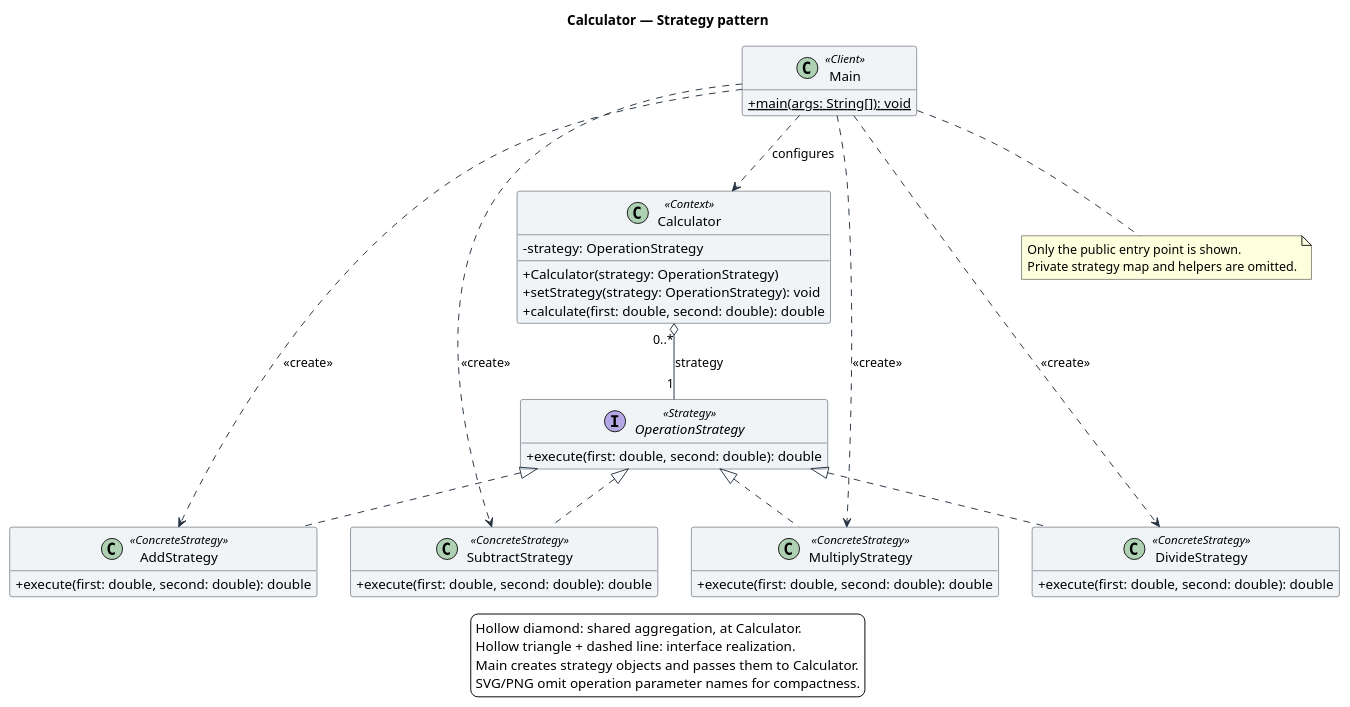
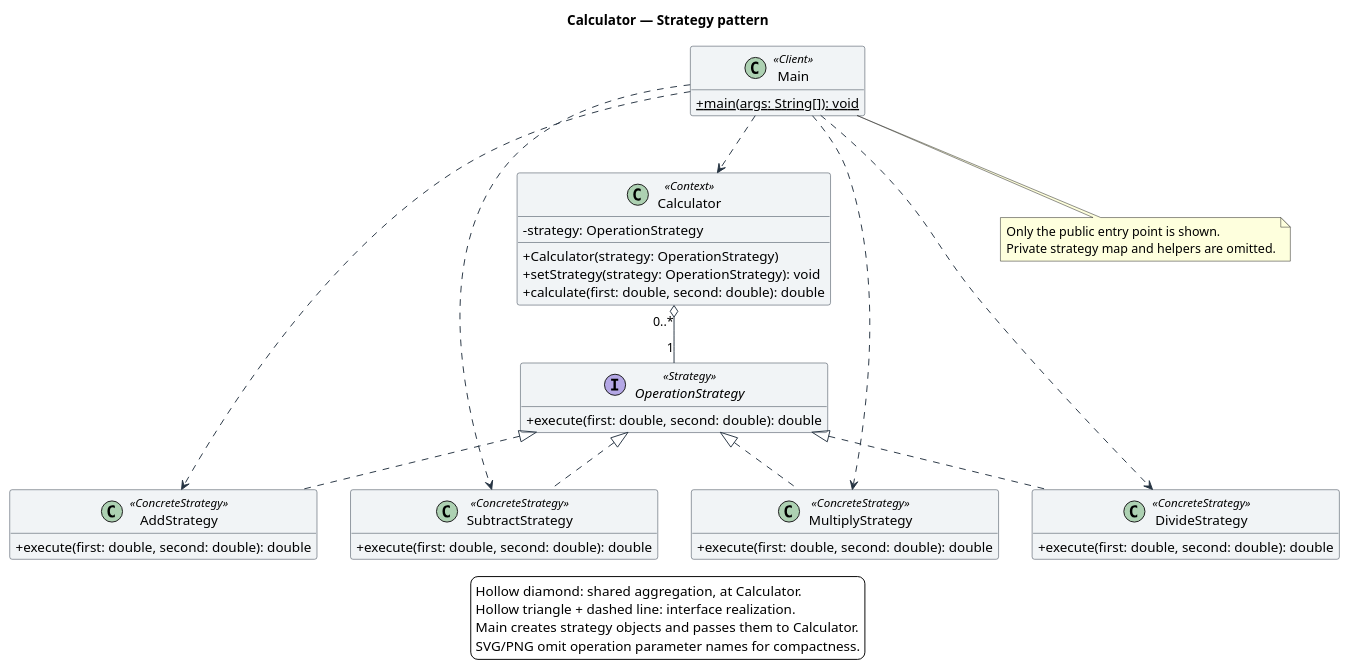
One commit to bossmerej-ship-it/SDP-5 changed the diagram in docs/strategy-uml.puml. Above: the diagram before and after it, drawn with PlantUML. The commit also changed 3 other files, not shown here.

Commit message:
Remove labels beside UML relationship arrows

```diff
--- a/docs/strategy-uml.puml
+++ b/docs/strategy-uml.puml
@@ -1,59 +1,59 @@
 @startuml
 title Calculator — Strategy pattern
 skinparam backgroundColor white
 skinparam shadowing false
 skinparam defaultFontName "Segoe UI"
 skinparam classBackgroundColor #F1F4F6
 skinparam classBorderColor #263442
 skinparam ArrowColor #263442
 skinparam classAttributeIconSize 0
 hide empty members
 top to bottom direction
 
 class Main <<Client>> {
   + {static} main(args: String[]): void
 }
 class Calculator <<Context>> {
   - strategy: OperationStrategy
   + Calculator(strategy: OperationStrategy)
   + setStrategy(strategy: OperationStrategy): void
   + calculate(first: double, second: double): double
 }
 interface OperationStrategy <<Strategy>> {
   + execute(first: double, second: double): double
 }
 class AddStrategy <<ConcreteStrategy>> {
   + execute(first: double, second: double): double
 }
 class SubtractStrategy <<ConcreteStrategy>> {
   + execute(first: double, second: double): double
 }
 class MultiplyStrategy <<ConcreteStrategy>> {
   + execute(first: double, second: double): double
 }
 class DivideStrategy <<ConcreteStrategy>> {
   + execute(first: double, second: double): double
 }
 
-Main ..> Calculator : configures
-Main ..> AddStrategy : <<create>>
-Main ..> SubtractStrategy : <<create>>
-Main ..> MultiplyStrategy : <<create>>
-Main ..> DivideStrategy : <<create>>
-Calculator "0..*" o-- "1" OperationStrategy : strategy
+Main ..> Calculator
+Main ..> AddStrategy
+Main ..> SubtractStrategy
+Main ..> MultiplyStrategy
+Main ..> DivideStrategy
+Calculator "0..*" o-- "1" OperationStrategy
 OperationStrategy <|.. AddStrategy
 OperationStrategy <|.. SubtractStrategy
 OperationStrategy <|.. MultiplyStrategy
 OperationStrategy <|.. DivideStrategy
 
 note bottom of Main
   Only the public entry point is shown.
   Private strategy map and helpers are omitted.
 end note
 legend bottom
   Hollow diamond: shared aggregation, at Calculator.
   Hollow triangle + dashed line: interface realization.
   Main creates strategy objects and passes them to Calculator.
   SVG/PNG omit operation parameter names for compactness.
 endlegend
 @enduml
```
